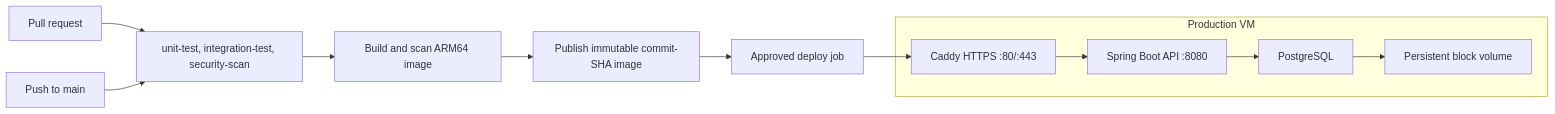
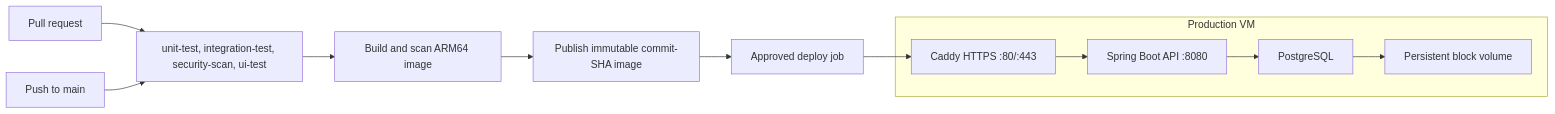
Before and after one commit to kyledelfin2006/libro-library-system: the diagram in docs/devops/ci-cd.md, drawn with Mermaid. The commit also changed other lines of this file and 70 other files, not shown here.

````diff
--- a/docs/devops/ci-cd.md
+++ b/docs/devops/ci-cd.md
@@ -19,14 +19,14 @@
 ```mermaid
 flowchart LR
-    PR[Pull request] --> CI[unit-test, integration-test, security-scan]
+    PR[Pull request] --> CI[unit-test, integration-test, security-scan, ui-test]
     Main[Push to main] --> CI
     CI --> Image[Build and scan ARM64 image]
     Image --> Registry[Publish immutable commit-SHA image]
     Registry --> Deploy[Approved deploy job]
     subgraph VM[Production VM]
         Caddy[Caddy HTTPS :80/:443] --> API[Spring Boot API :8080]
         API --> DB[PostgreSQL]
         DB --> Volume[Persistent block volume]
     end
     Deploy --> Caddy
 ```
````
